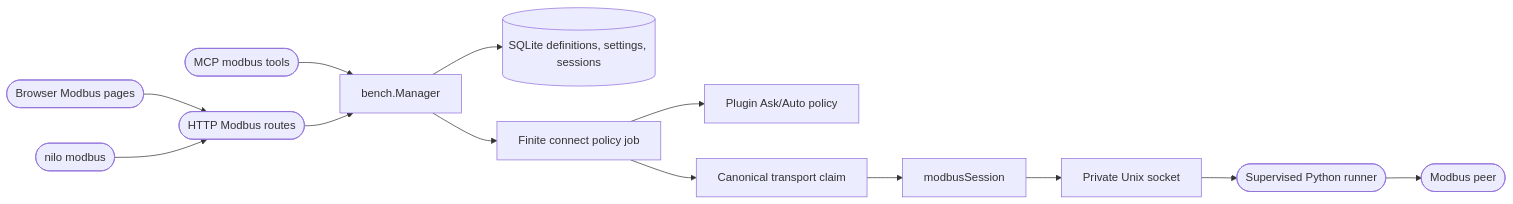
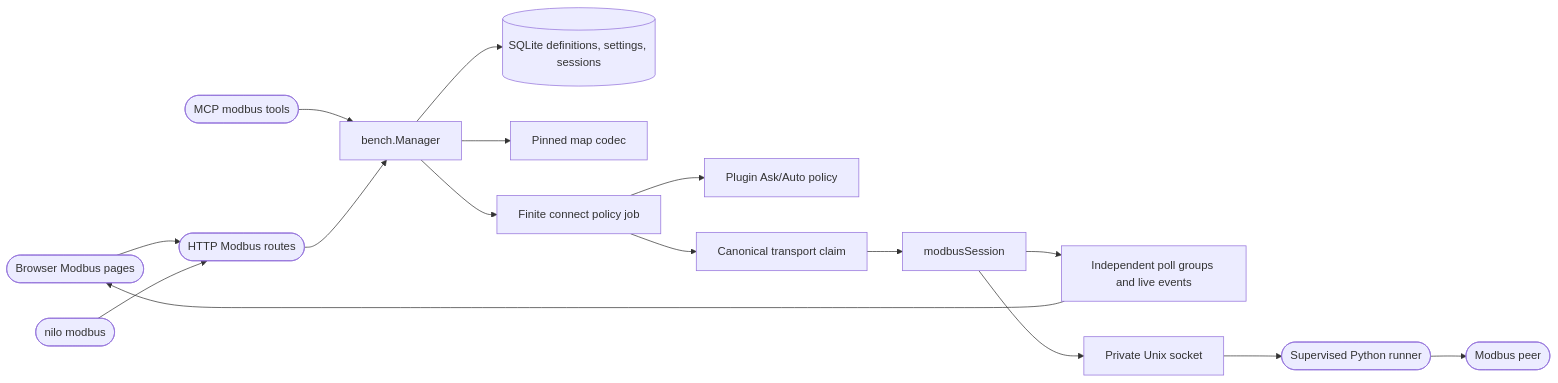
The diagram in .agentic/knowledge/modbus-integration.md (DDP-Engineering/2026_Networked_Intelligent_Lab_Orchestrator), drawn with Mermaid before and after one commit. The commit also changed other lines of this file and 34 other files, not shown here.

````diff
--- a/.agentic/knowledge/modbus-integration.md
+++ b/.agentic/knowledge/modbus-integration.md
@@ -65,15 +69,18 @@
 ```mermaid
 flowchart LR
     UI([Browser Modbus pages]) --> API([HTTP Modbus routes])
     CLI([nilo modbus]) --> API
     MCP([MCP modbus tools]) --> Manager[bench.Manager]
     API --> Manager
     Manager --> DB[(SQLite definitions, settings, sessions)]
+    Manager --> Codec["Pinned map codec"]
     Manager --> Job[Finite connect policy job]
     Job --> Policy[Plugin Ask/Auto policy]
     Job --> Claim[Canonical transport claim]
     Claim --> Session[modbusSession]
+    Session --> Poll["Independent poll groups and live events"]
+    Poll --> UI
     Session --> Socket[Private Unix socket]
     Socket --> Runner([Supervised Python runner])
     Runner --> Peer([Modbus peer])
 ```
````
